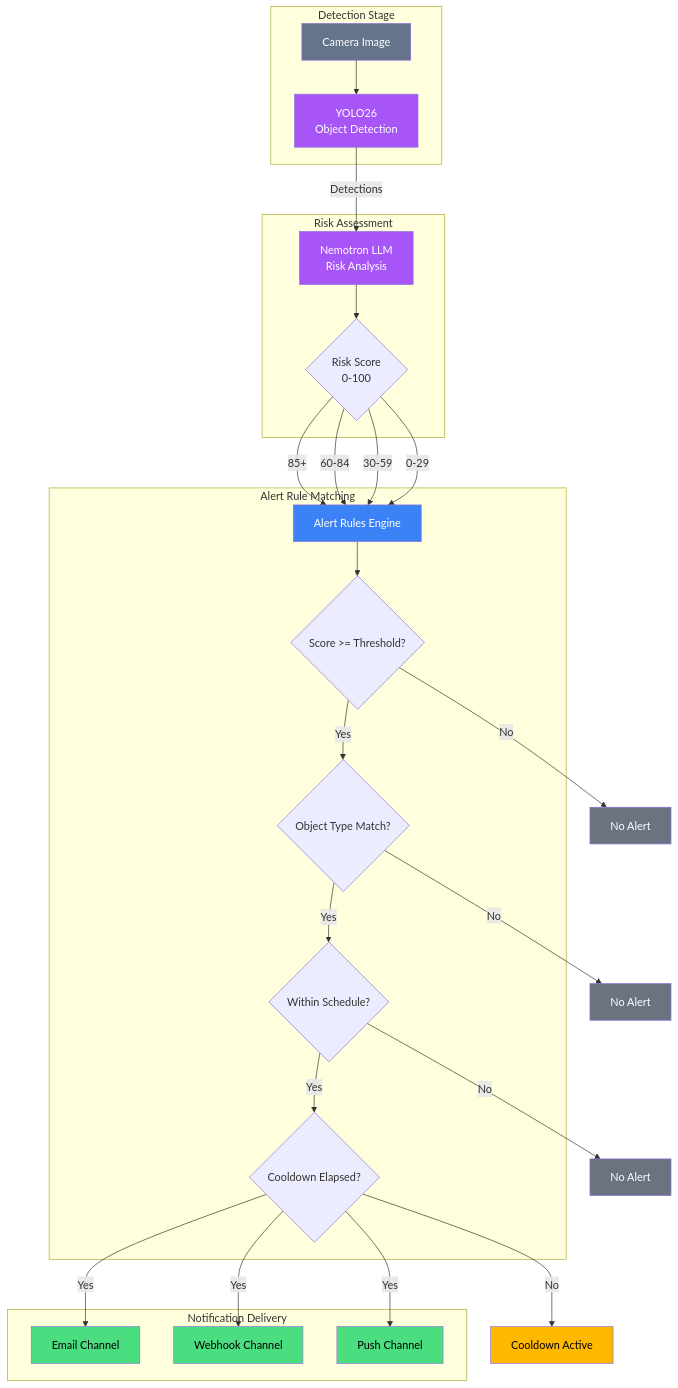
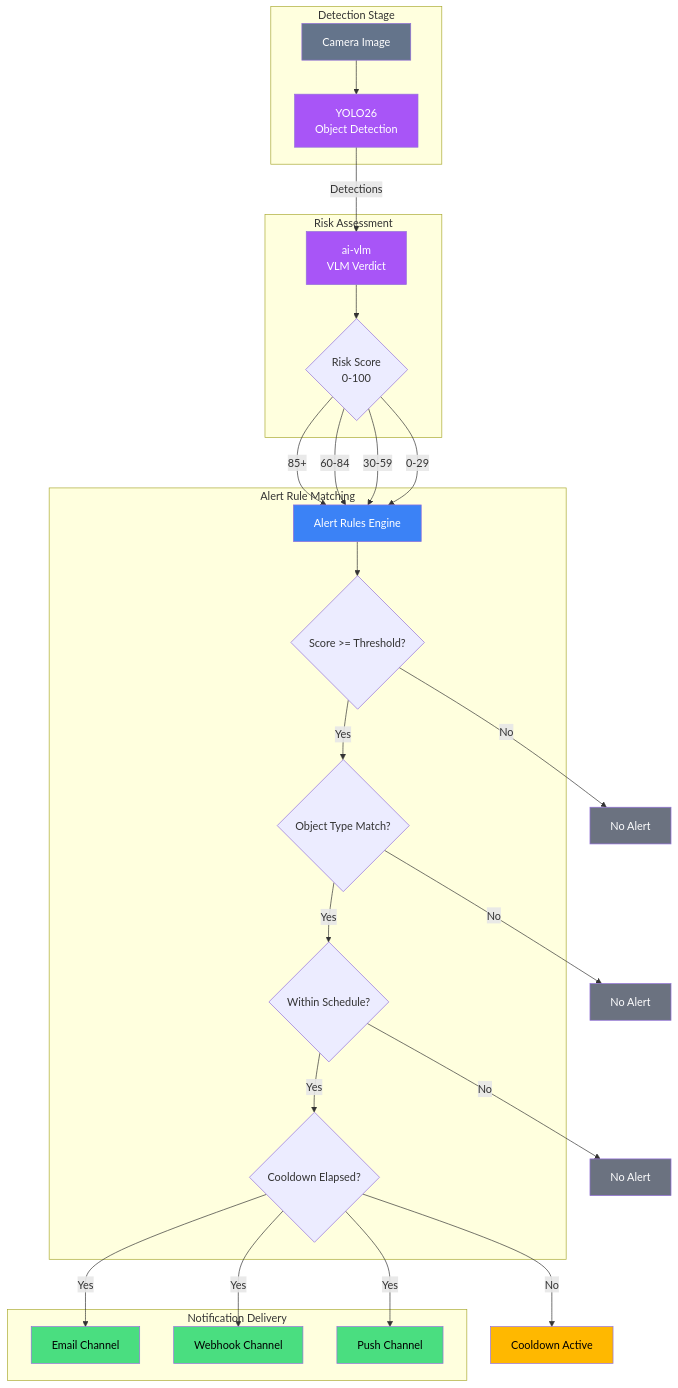
The fourth of 5 diagrams in docs/developer/api/system-ops.md (mikesvoboda/nemotron-v3-home-security-intelligence), drawn with Mermaid before and after one commit. The commit also changed other lines of this file and 231 other files, not shown here.

````diff
--- a/docs/developer/api/system-ops.md
+++ b/docs/developer/api/system-ops.md
@@ -908,59 +940,59 @@
 ```mermaid
 flowchart TB
     subgraph Detection["Detection Stage"]
         CAM[Camera Image]
         YOLO26[YOLO26<br/>Object Detection]
     end
 
     subgraph RiskAssessment["Risk Assessment"]
-        NEM[Nemotron LLM<br/>Risk Analysis]
+        NEM[ai-vlm<br/>VLM Verdict]
         SCORE{Risk Score<br/>0-100}
     end
 
     subgraph AlertMatching["Alert Rule Matching"]
         RULES[Alert Rules Engine]
         THRESH{Score >= Threshold?}
         TYPE{Object Type Match?}
         SCHED{Within Schedule?}
         COOL{Cooldown Elapsed?}
     end
 
     subgraph Notification["Notification Delivery"]
         EMAIL[Email Channel]
         WEBHOOK[Webhook Channel]
         PUSH[Push Channel]
     end
 
     CAM --> YOLO26
     YOLO26 -->|Detections| NEM
     NEM --> SCORE
 
     SCORE -->|"85+"| RULES
     SCORE -->|"60-84"| RULES
     SCORE -->|"30-59"| RULES
     SCORE -->|"0-29"| RULES
 
     RULES --> THRESH
     THRESH -->|Yes| TYPE
     THRESH -->|No| DROP1[No Alert]
     TYPE -->|Yes| SCHED
     TYPE -->|No| DROP2[No Alert]
     SCHED -->|Yes| COOL
     SCHED -->|No| DROP3[No Alert]
     COOL -->|Yes| EMAIL
     COOL -->|Yes| WEBHOOK
     COOL -->|Yes| PUSH
     COOL -->|No| DROP4[Cooldown Active]
 
     style CAM fill:#64748B,color:#fff
     style YOLO26 fill:#A855F7,color:#fff
     style NEM fill:#A855F7,color:#fff
     style RULES fill:#3B82F6,color:#fff
     style EMAIL fill:#4ADE80,color:#000
     style WEBHOOK fill:#4ADE80,color:#000
     style PUSH fill:#4ADE80,color:#000
     style DROP1 fill:#6B7280,color:#fff
     style DROP2 fill:#6B7280,color:#fff
     style DROP3 fill:#6B7280,color:#fff
     style DROP4 fill:#FFB800,color:#000
 ```
````
